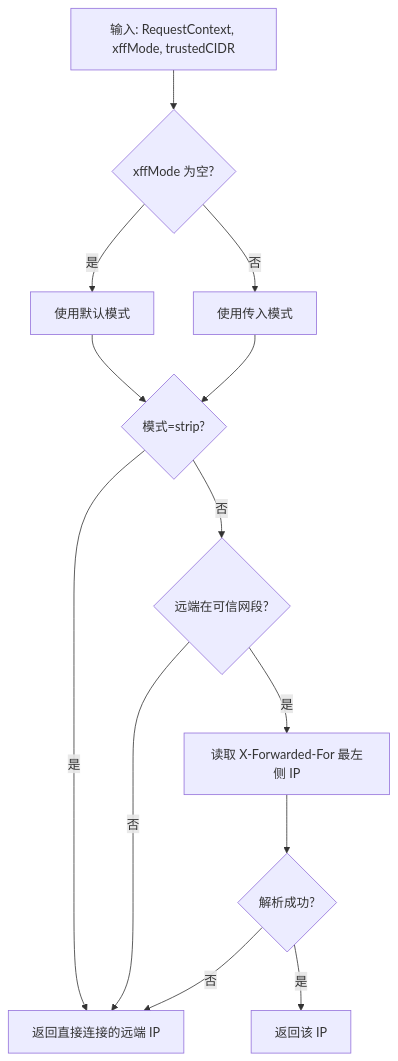
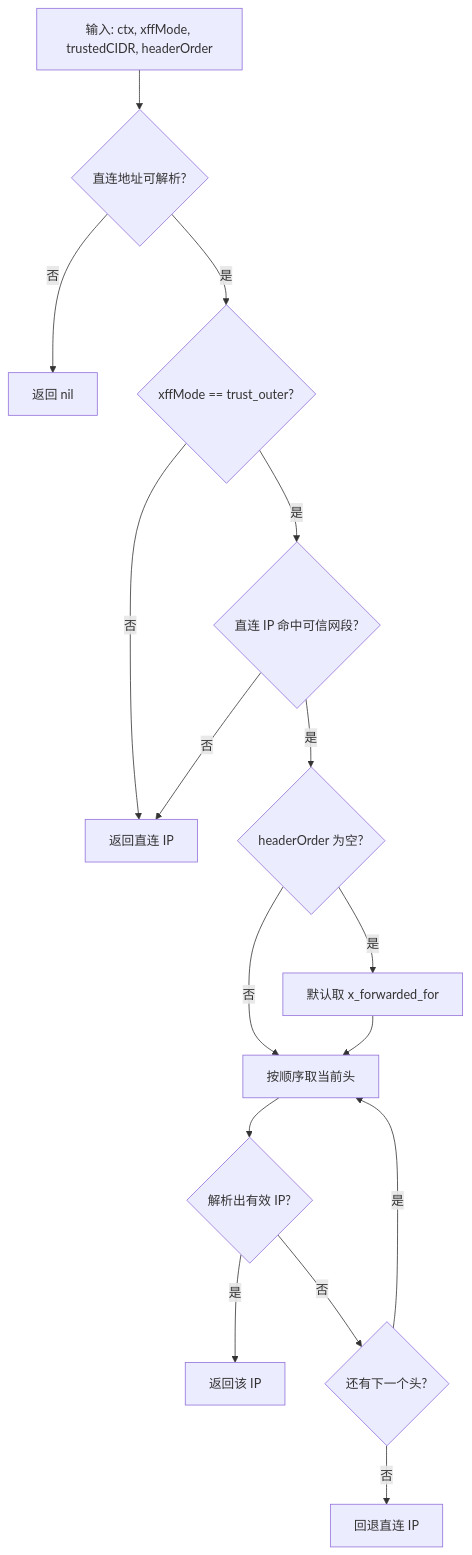
One commit to x01n/My-OpenWaf changed the fourth of 6 diagrams in docs/安全机制/安全机制.md. Above: the diagram before and after it, drawn with Mermaid. The commit also changed other lines of this file and 622 other files, not shown here.

````diff
--- a/docs/安全机制/安全机制.md
+++ b/docs/安全机制/安全机制.md
@@ -316,15 +377,18 @@
 ```mermaid
 flowchart TD
-A["输入: RequestContext, xffMode, trustedCIDR"] --> B{"xffMode 为空?"}
-B --> |是| B2["使用默认模式"]
-B --> |否| B3["使用传入模式"]
-B2 --> C{"模式=strip?"}
-B3 --> C
-C --> |是| D["返回直接连接的远端 IP"]
-C --> |否| E{"远端在可信网段?"}
+A["输入: ctx, xffMode, trustedCIDR, headerOrder"] --> R{"直连地址可解析?"}
+R --> |否| N["返回 nil"]
+R --> |是| B{"xffMode == trust_outer?"}
+B --> |否| D["返回直连 IP"]
+B --> |是| E{"直连 IP 命中可信网段?"}
 E --> |否| D
-E --> |是| F["读取 X-Forwarded-For 最左侧 IP"]
-F --> G{"解析成功?"}
-G --> |是| H["返回该 IP"]
-G --> |否| D
+E --> |是| H{"headerOrder 为空?"}
+H --> |是| HF["默认取 x_forwarded_for"]
+H --> |否| L["按顺序取当前头"]
+HF --> L
+L --> G{"解析出有效 IP?"}
+G --> |是| P["返回该 IP"]
+G --> |否| M{"还有下一个头?"}
+M --> |是| L
+M --> |否| D2["回退直连 IP"]
 ```
````
